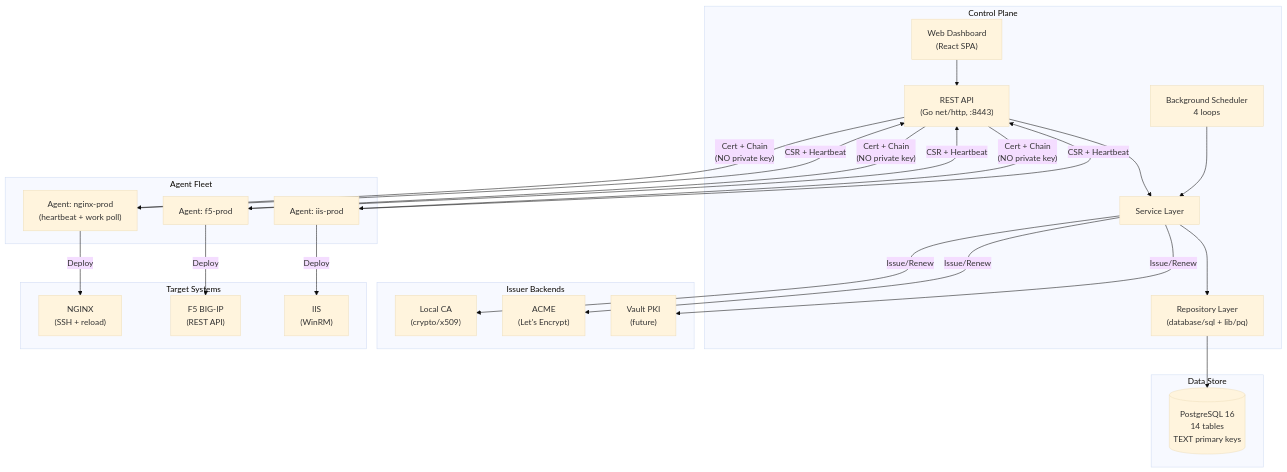
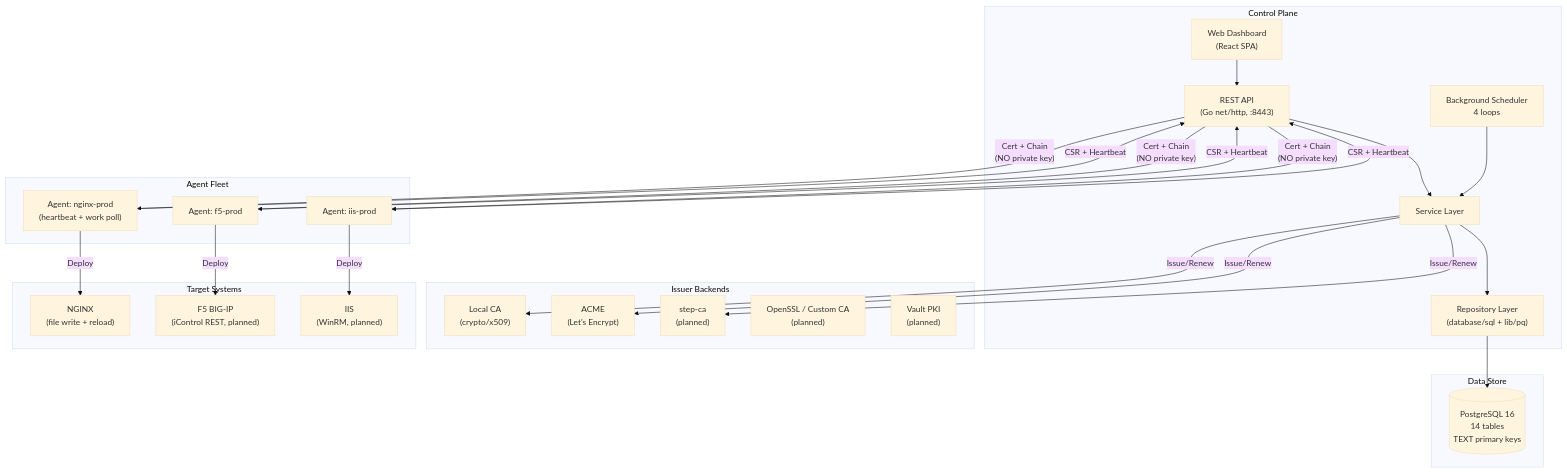
The first of 11 diagrams in docs/architecture.md (certctl-io/certctl), drawn with Mermaid (base theme) before and after one commit. The commit also changed other lines of this file and 3 other files, not shown here.

First line of the commit message:
docs: add step-ca and OpenSSL CA to V2 roadmap, fix F5/IIS status

````diff
--- a/docs/architecture.md
+++ b/docs/architecture.md
@@ -20,46 +20,48 @@
 ```mermaid
 flowchart TB
     subgraph "Control Plane"
         API["REST API\n(Go net/http, :8443)"]
         SVC["Service Layer"]
         REPO["Repository Layer\n(database/sql + lib/pq)"]
         SCHED["Background Scheduler\n4 loops"]
         DASH["Web Dashboard\n(React SPA)"]
     end
 
     subgraph "Data Store"
         PG[("PostgreSQL 16\n14 tables\nTEXT primary keys")]
     end
 
     subgraph "Agent Fleet"
         A1["Agent: nginx-prod\n(heartbeat + work poll)"]
         A2["Agent: f5-prod"]
         A3["Agent: iis-prod"]
     end
 
     subgraph "Issuer Backends"
         CA1["Local CA\n(crypto/x509)"]
         CA2["ACME\n(Let's Encrypt)"]
-        CA3["Vault PKI\n(future)"]
+        CA3["step-ca\n(planned)"]
+        CA4["OpenSSL / Custom CA\n(planned)"]
+        CA5["Vault PKI\n(planned)"]
     end
 
     subgraph "Target Systems"
-        T1["NGINX\n(SSH + reload)"]
-        T2["F5 BIG-IP\n(REST API)"]
-        T3["IIS\n(WinRM)"]
+        T1["NGINX\n(file write + reload)"]
+        T2["F5 BIG-IP\n(iControl REST, planned)"]
+        T3["IIS\n(WinRM, planned)"]
     end
 
     DASH --> API
     API --> SVC
     SVC --> REPO
     REPO --> PG
     SCHED --> SVC
     SVC -->|"Issue/Renew"| CA1 & CA2 & CA3
 
     A1 & A2 & A3 -->|"CSR + Heartbeat"| API
     API -->|"Cert + Chain\n(NO private key)"| A1 & A2 & A3
 
     A1 -->|"Deploy"| T1
     A2 -->|"Deploy"| T2
     A3 -->|"Deploy"| T3
 ```
````
